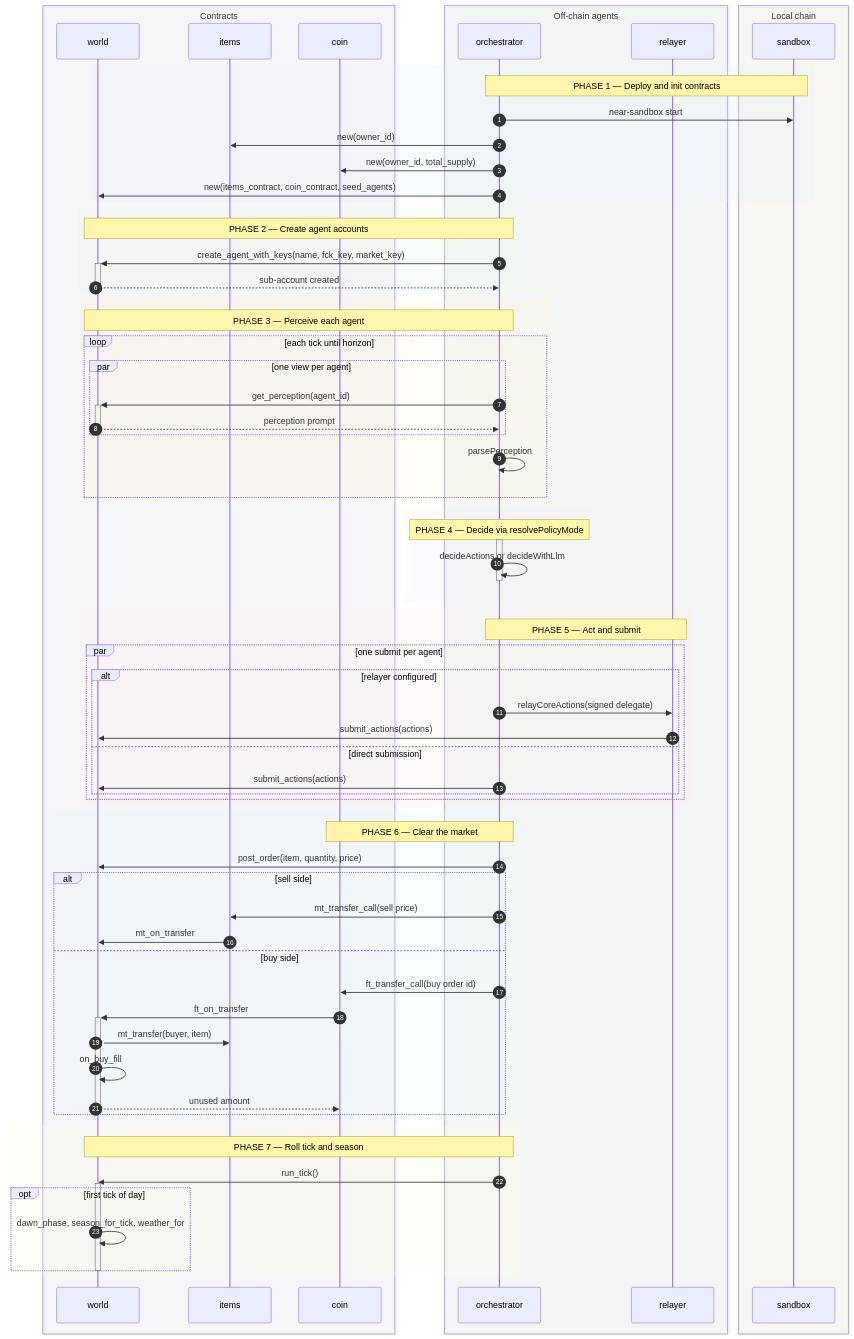
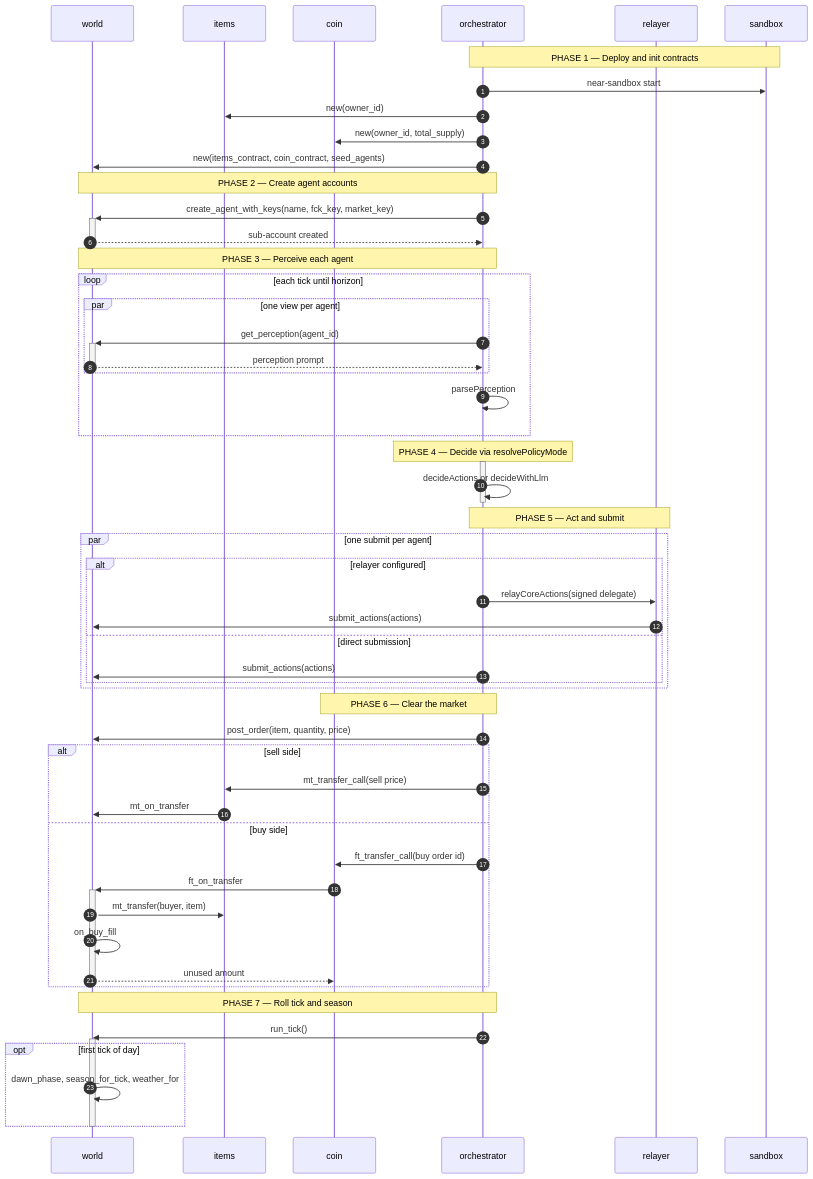
One commit to skthnr/village-economy-agents changed the diagram in README.md. Above: the diagram before and after it, drawn with Mermaid. The commit also changed other lines of this file, not shown here.

````diff
--- a/README.md
+++ b/README.md
@@ -10,80 +10,60 @@
 ```mermaid
 sequenceDiagram
     accTitle: eidolon runtime flow
     accDescr: Orchestrator deploys both contracts, creates agent accounts, then perceives, decides, submits actions, settles the market, and rolls ticks.
     autonumber
-    box rgba(243,232,255,0.12) Contracts
     participant W as world
     participant I as items
     participant K as coin
-    end
-    box rgba(230,247,235,0.12) Off-chain agents
     participant O as orchestrator
     participant R as relayer
-    end
-    box rgba(255,244,214,0.12) Local chain
     participant S as sandbox
-    end
-    rect rgba(226,238,255,0.20)
     Note over O,S: PHASE 1 — Deploy and init contracts
     O->>S: near-sandbox start
     O->>I: new(owner_id)
     O->>K: new(owner_id, total_supply)
     O->>W: new(items_contract, coin_contract, seed_agents)
-    end
-    rect rgba(230,247,235,0.20)
     Note over O,W: PHASE 2 — Create agent accounts
     O->>+W: create_agent_with_keys(name, fck_key, market_key)
     W-->>-O: sub-account created
-    end
-    rect rgba(255,244,214,0.20)
     Note over O,W: PHASE 3 — Perceive each agent
     loop each tick until horizon
     par one view per agent
     O->>+W: get_perception(agent_id)
     W-->>-O: perception prompt
     end
     O->>O: parsePerception
     end
-    end
-    rect rgba(243,232,255,0.20)
     Note over O: PHASE 4 — Decide via resolvePolicyMode
     activate O
     O->>O: decideActions or decideWithLlm
     deactivate O
-    end
-    rect rgba(255,232,232,0.20)
     Note over O,R: PHASE 5 — Act and submit
     par one submit per agent
     alt relayer configured
     O->>R: relayCoreActions(signed delegate)
     R->>W: submit_actions(actions)
     else direct submission
     O->>W: submit_actions(actions)
     end
     end
-    end
-    rect rgba(224,247,250,0.20)
     Note over O,K: PHASE 6 — Clear the market
     O->>W: post_order(item, quantity, price)
     alt sell side
     O->>I: mt_transfer_call(sell price)
     I->>W: mt_on_transfer
     else buy side
     O->>K: ft_transfer_call(buy order id)
     K->>+W: ft_on_transfer
     W->>I: mt_transfer(buyer, item)
     W->>W: on_buy_fill
     W-->>-K: unused amount
     end
-    end
-    rect rgba(255,248,225,0.20)
     Note over O,W: PHASE 7 — Roll tick and season
     O->>W: run_tick()
     activate W
     opt first tick of day
     W->>W: dawn_phase, season_for_tick, weather_for
     end
     deactivate W
-    end
 ```
````
